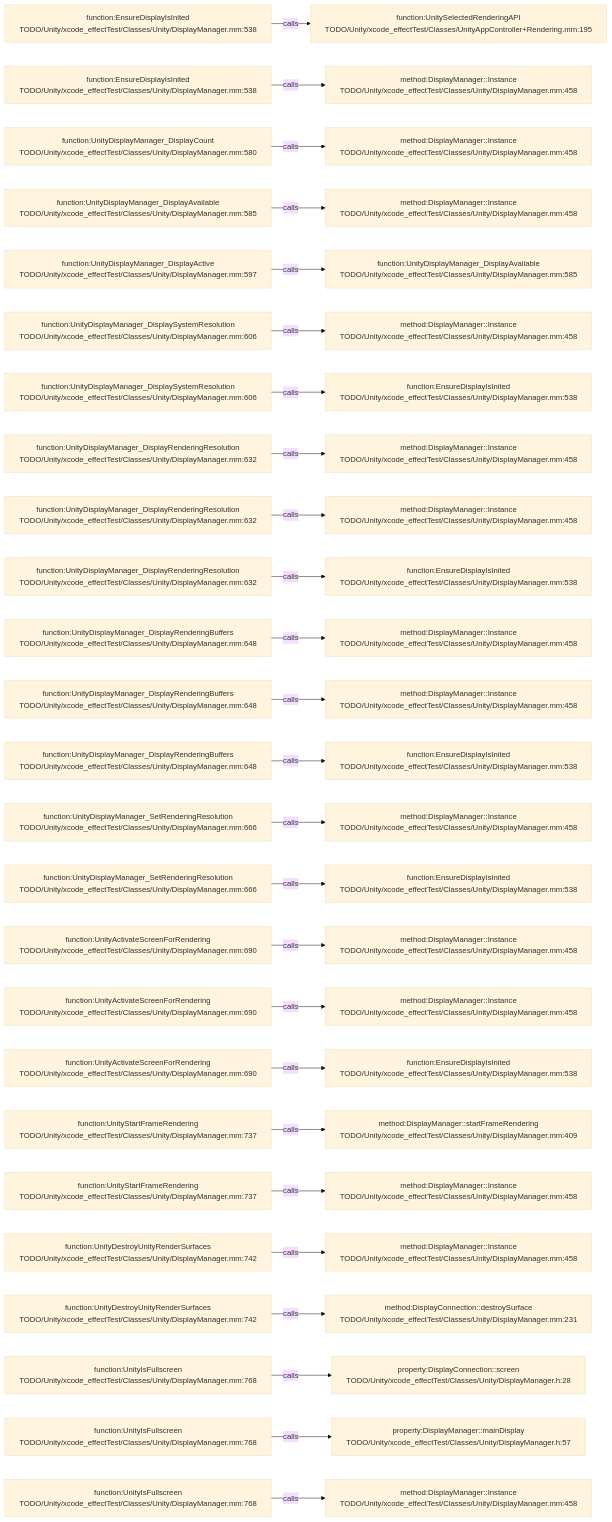
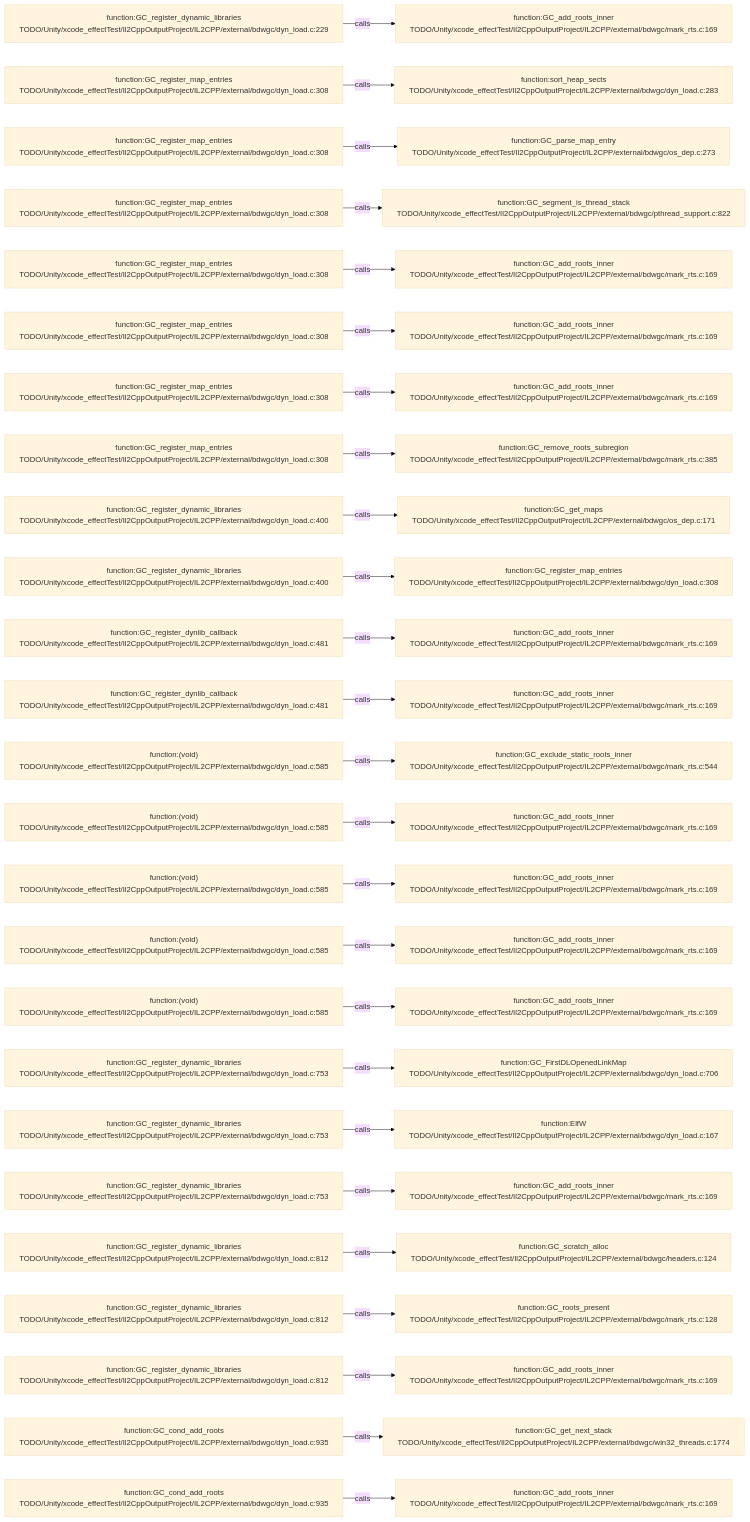
One commit to JobsKits/JobsSwiftBaseConfigDemo changed the diagram in .codegraph/codegraph.md/graphs/calls-104.md. Above: the diagram before and after it, drawn with Mermaid (base theme). The commit also changed 227 other files, not shown here.

````diff
--- a/.codegraph/codegraph.md/graphs/calls-104.md
+++ b/.codegraph/codegraph.md/graphs/calls-104.md
@@ -13,78 +13,78 @@
 ```mermaid
 flowchart LR
-  S1["function:EnsureDisplayIsInited<br/>TODO/Unity/xcode_effectTest/Classes/Unity/DisplayManager.mm:538"]
-  T1["function:UnitySelectedRenderingAPI<br/>TODO/Unity/xcode_effectTest/Classes/UnityAppController+Rendering.mm:195"]
+  S1["function:GC_register_dynamic_libraries<br/>TODO/Unity/xcode_effectTest/Il2CppOutputProject/IL2CPP/external/bdwgc/dyn_load.c:229"]
+  T1["function:GC_add_roots_inner<br/>TODO/Unity/xcode_effectTest/Il2CppOutputProject/IL2CPP/external/bdwgc/mark_rts.c:169"]
   S1 -->|calls| T1
-  S2["function:EnsureDisplayIsInited<br/>TODO/Unity/xcode_effectTest/Classes/Unity/DisplayManager.mm:538"]
-  T2["method:DisplayManager::Instance<br/>TODO/Unity/xcode_effectTest/Classes/Unity/DisplayManager.mm:458"]
+  S2["function:GC_register_map_entries<br/>TODO/Unity/xcode_effectTest/Il2CppOutputProject/IL2CPP/external/bdwgc/dyn_load.c:308"]
+  T2["function:sort_heap_sects<br/>TODO/Unity/xcode_effectTest/Il2CppOutputProject/IL2CPP/external/bdwgc/dyn_load.c:283"]
   S2 -->|calls| T2
-  S3["function:UnityDisplayManager_DisplayCount<br/>TODO/Unity/xcode_effectTest/Classes/Unity/DisplayManager.mm:580"]
-  T3["method:DisplayManager::Instance<br/>TODO/Unity/xcode_effectTest/Classes/Unity/DisplayManager.mm:458"]
+  S3["function:GC_register_map_entries<br/>TODO/Unity/xcode_effectTest/Il2CppOutputProject/IL2CPP/external/bdwgc/dyn_load.c:308"]
+  T3["function:GC_parse_map_entry<br/>TODO/Unity/xcode_effectTest/Il2CppOutputProject/IL2CPP/external/bdwgc/os_dep.c:273"]
   S3 -->|calls| T3
-  S4["function:UnityDisplayManager_DisplayAvailable<br/>TODO/Unity/xcode_effectTest/Classes/Unity/DisplayManager.mm:585"]
-  T4["method:DisplayManager::Instance<br/>TODO/Unity/xcode_effectTest/Classes/Unity/DisplayManager.mm:458"]
+  S4["function:GC_register_map_entries<br/>TODO/Unity/xcode_effectTest/Il2CppOutputProject/IL2CPP/external/bdwgc/dyn_load.c:308"]
+  T4["function:GC_segment_is_thread_stack<br/>TODO/Unity/xcode_effectTest/Il2CppOutputProject/IL2CPP/external/bdwgc/pthread_support.c:822"]
   S4 -->|calls| T4
-  S5["function:UnityDisplayManager_DisplayActive<br/>TODO/Unity/xcode_effectTest/Classes/Unity/DisplayManager.mm:597"]
-  T5["function:UnityDisplayManager_DisplayAvailable<br/>TODO/Unity/xcode_effectTest/Classes/Unity/DisplayManager.mm:585"]
+  S5["function:GC_register_map_entries<br/>TODO/Unity/xcode_effectTest/Il2CppOutputProject/IL2CPP/external/bdwgc/dyn_load.c:308"]
+  T5["function:GC_add_roots_inner<br/>TODO/Unity/xcode_effectTest/Il2CppOutputProject/IL2CPP/external/bdwgc/mark_rts.c:169"]
   S5 -->|calls| T5
-  S6["function:UnityDisplayManager_DisplaySystemResolution<br/>TODO/Unity/xcode_effectTest/Classes/Unity/DisplayManager.mm:606"]
-  T6["method:DisplayManager::Instance<br/>TODO/Unity/xcode_effectTest/Classes/Unity/DisplayManager.mm:458"]
+  S6["function:GC_register_map_entries<br/>TODO/Unity/xcode_effectTest/Il2CppOutputProject/IL2CPP/external/bdwgc/dyn_load.c:308"]
+  T6["function:GC_add_roots_inner<br/>TODO/Unity/xcode_effectTest/Il2CppOutputProject/IL2CPP/external/bdwgc/mark_rts.c:169"]
   S6 -->|calls| T6
-  S7["function:UnityDisplayManager_DisplaySystemResolution<br/>TODO/Unity/xcode_effectTest/Classes/Unity/DisplayManager.mm:606"]
-  T7["function:EnsureDisplayIsInited<br/>TODO/Unity/xcode_effectTest/Classes/Unity/DisplayManager.mm:538"]
+  S7["function:GC_register_map_entries<br/>TODO/Unity/xcode_effectTest/Il2CppOutputProject/IL2CPP/external/bdwgc/dyn_load.c:308"]
+  T7["function:GC_add_roots_inner<br/>TODO/Unity/xcode_effectTest/Il2CppOutputProject/IL2CPP/external/bdwgc/mark_rts.c:169"]
   S7 -->|calls| T7
-  S8["function:UnityDisplayManager_DisplayRenderingResolution<br/>TODO/Unity/xcode_effectTest/Classes/Unity/DisplayManager.mm:632"]
-  T8["method:DisplayManager::Instance<br/>TODO/Unity/xcode_effectTest/Classes/Unity/DisplayManager.mm:458"]
+  S8["function:GC_register_map_entries<br/>TODO/Unity/xcode_effectTest/Il2CppOutputProject/IL2CPP/external/bdwgc/dyn_load.c:308"]
+  T8["function:GC_remove_roots_subregion<br/>TODO/Unity/xcode_effectTest/Il2CppOutputProject/IL2CPP/external/bdwgc/mark_rts.c:385"]
   S8 -->|calls| T8
-  S9["function:UnityDisplayManager_DisplayRenderingResolution<br/>TODO/Unity/xcode_effectTest/Classes/Unity/DisplayManager.mm:632"]
-  T9["method:DisplayManager::Instance<br/>TODO/Unity/xcode_effectTest/Classes/Unity/DisplayManager.mm:458"]
+  S9["function:GC_register_dynamic_libraries<br/>TODO/Unity/xcode_effectTest/Il2CppOutputProject/IL2CPP/external/bdwgc/dyn_load.c:400"]
+  T9["function:GC_get_maps<br/>TODO/Unity/xcode_effectTest/Il2CppOutputProject/IL2CPP/external/bdwgc/os_dep.c:171"]
   S9 -->|calls| T9
-  S10["function:UnityDisplayManager_DisplayRenderingResolution<br/>TODO/Unity/xcode_effectTest/Classes/Unity/DisplayManager.mm:632"]
-  T10["function:EnsureDisplayIsInited<br/>TODO/Unity/xcode_effectTest/Classes/Unity/DisplayManager.mm:538"]
+  S10["function:GC_register_dynamic_libraries<br/>TODO/Unity/xcode_effectTest/Il2CppOutputProject/IL2CPP/external/bdwgc/dyn_load.c:400"]
+  T10["function:GC_register_map_entries<br/>TODO/Unity/xcode_effectTest/Il2CppOutputProject/IL2CPP/external/bdwgc/dyn_load.c:308"]
   S10 -->|calls| T10
-  S11["function:UnityDisplayManager_DisplayRenderingBuffers<br/>TODO/Unity/xcode_effectTest/Classes/Unity/DisplayManager.mm:648"]
-  T11["method:DisplayManager::Instance<br/>TODO/Unity/xcode_effectTest/Classes/Unity/DisplayManager.mm:458"]
+  S11["function:GC_register_dynlib_callback<br/>TODO/Unity/xcode_effectTest/Il2CppOutputProject/IL2CPP/external/bdwgc/dyn_load.c:481"]
+  T11["function:GC_add_roots_inner<br/>TODO/Unity/xcode_effectTest/Il2CppOutputProject/IL2CPP/external/bdwgc/mark_rts.c:169"]
   S11 -->|calls| T11
-  S12["function:UnityDisplayManager_DisplayRenderingBuffers<br/>TODO/Unity/xcode_effectTest/Classes/Unity/DisplayManager.mm:648"]
-  T12["method:DisplayManager::Instance<br/>TODO/Unity/xcode_effectTest/Classes/Unity/DisplayManager.mm:458"]
+  S12["function:GC_register_dynlib_callback<br/>TODO/Unity/xcode_effectTest/Il2CppOutputProject/IL2CPP/external/bdwgc/dyn_load.c:481"]
+  T12["function:GC_add_roots_inner<br/>TODO/Unity/xcode_effectTest/Il2CppOutputProject/IL2CPP/external/bdwgc/mark_rts.c:169"]
   S12 -->|calls| T12
-  S13["function:UnityDisplayManager_DisplayRenderingBuffers<br/>TODO/Unity/xcode_effectTest/Classes/Unity/DisplayManager.mm:648"]
-  T13["function:EnsureDisplayIsInited<br/>TODO/Unity/xcode_effectTest/Classes/Unity/DisplayManager.mm:538"]
+  S13["function:(void)<br/>TODO/Unity/xcode_effectTest/Il2CppOutputProject/IL2CPP/external/bdwgc/dyn_load.c:585"]
+  T13["function:GC_exclude_static_roots_inner<br/>TODO/Unity/xcode_effectTest/Il2CppOutputProject/IL2CPP/external/bdwgc/mark_rts.c:544"]
   S13 -->|calls| T13
-  S14["function:UnityDisplayManager_SetRenderingResolution<br/>TODO/Unity/xcode_effectTest/Classes/Unity/DisplayManager.mm:666"]
-  T14["method:DisplayManager::Instance<br/>TODO/Unity/xcode_effectTest/Classes/Unity/DisplayManager.mm:458"]
+  S14["function:(void)<br/>TODO/Unity/xcode_effectTest/Il2CppOutputProject/IL2CPP/external/bdwgc/dyn_load.c:585"]
+  T14["function:GC_add_roots_inner<br/>TODO/Unity/xcode_effectTest/Il2CppOutputProject/IL2CPP/external/bdwgc/mark_rts.c:169"]
   S14 -->|calls| T14
-  S15["function:UnityDisplayManager_SetRenderingResolution<br/>TODO/Unity/xcode_effectTest/Classes/Unity/DisplayManager.mm:666"]
-  T15["function:EnsureDisplayIsInited<br/>TODO/Unity/xcode_effectTest/Classes/Unity/DisplayManager.mm:538"]
+  S15["function:(void)<br/>TODO/Unity/xcode_effectTest/Il2CppOutputProject/IL2CPP/external/bdwgc/dyn_load.c:585"]
+  T15["function:GC_add_roots_inner<br/>TODO/Unity/xcode_effectTest/Il2CppOutputProject/IL2CPP/external/bdwgc/mark_rts.c:169"]
   S15 -->|calls| T15
-  S16["function:UnityActivateScreenForRendering<br/>TODO/Unity/xcode_effectTest/Classes/Unity/DisplayManager.mm:690"]
-  T16["method:DisplayManager::Instance<br/>TODO/Unity/xcode_effectTest/Classes/Unity/DisplayManager.mm:458"]
+  S16["function:(void)<br/>TODO/Unity/xcode_effectTest/Il2CppOutputProject/IL2CPP/external/bdwgc/dyn_load.c:585"]
+  T16["function:GC_add_roots_inner<br/>TODO/Unity/xcode_effectTest/Il2CppOutputProject/IL2CPP/external/bdwgc/mark_rts.c:169"]
   S16 -->|calls| T16
-  S17["function:UnityActivateScreenForRendering<br/>TODO/Unity/xcode_effectTest/Classes/Unity/DisplayManager.mm:690"]
-  T17["method:DisplayManager::Instance<br/>TODO/Unity/xcode_effectTest/Classes/Unity/DisplayManager.mm:458"]
+  S17["function:(void)<br/>TODO/Unity/xcode_effectTest/Il2CppOutputProject/IL2CPP/external/bdwgc/dyn_load.c:585"]
+  T17["function:GC_add_roots_inner<br/>TODO/Unity/xcode_effectTest/Il2CppOutputProject/IL2CPP/external/bdwgc/mark_rts.c:169"]
   S17 -->|calls| T17
-  S18["function:UnityActivateScreenForRendering<br/>TODO/Unity/xcode_effectTest/Classes/Unity/DisplayManager.mm:690"]
-  T18["function:EnsureDisplayIsInited<br/>TODO/Unity/xcode_effectTest/Classes/Unity/DisplayManager.mm:538"]
+  S18["function:GC_register_dynamic_libraries<br/>TODO/Unity/xcode_effectTest/Il2CppOutputProject/IL2CPP/external/bdwgc/dyn_load.c:753"]
+  T18["function:GC_FirstDLOpenedLinkMap<br/>TODO/Unity/xcode_effectTest/Il2CppOutputProject/IL2CPP/external/bdwgc/dyn_load.c:706"]
   S18 -->|calls| T18
-  S19["function:UnityStartFrameRendering<br/>TODO/Unity/xcode_effectTest/Classes/Unity/DisplayManager.mm:737"]
-  T19["method:DisplayManager::startFrameRendering<br/>TODO/Unity/xcode_effectTest/Classes/Unity/DisplayManager.mm:409"]
+  S19["function:GC_register_dynamic_libraries<br/>TODO/Unity/xcode_effectTest/Il2CppOutputProject/IL2CPP/external/bdwgc/dyn_load.c:753"]
+  T19["function:ElfW<br/>TODO/Unity/xcode_effectTest/Il2CppOutputProject/IL2CPP/external/bdwgc/dyn_load.c:167"]
   S19 -->|calls| T19
-  S20["function:UnityStartFrameRendering<br/>TODO/Unity/xcode_effectTest/Classes/Unity/DisplayManager.mm:737"]
-  T20["method:DisplayManager::Instance<br/>TODO/Unity/xcode_effectTest/Classes/Unity/DisplayManager.mm:458"]
+  S20["function:GC_register_dynamic_libraries<br/>TODO/Unity/xcode_effectTest/Il2CppOutputProject/IL2CPP/external/bdwgc/dyn_load.c:753"]
+  T20["function:GC_add_roots_inner<br/>TODO/Unity/xcode_effectTest/Il2CppOutputProject/IL2CPP/external/bdwgc/mark_rts.c:169"]
   S20 -->|calls| T20
-  S21["function:UnityDestroyUnityRenderSurfaces<br/>TODO/Unity/xcode_effectTest/Classes/Unity/DisplayManager.mm:742"]
-  T21["method:DisplayManager::Instance<br/>TODO/Unity/xcode_effectTest/Classes/Unity/DisplayManager.mm:458"]
+  S21["function:GC_register_dynamic_libraries<br/>TODO/Unity/xcode_effectTest/Il2CppOutputProject/IL2CPP/external/bdwgc/dyn_load.c:812"]
+  T21["function:GC_scratch_alloc<br/>TODO/Unity/xcode_effectTest/Il2CppOutputProject/IL2CPP/external/bdwgc/headers.c:124"]
   S21 -->|calls| T21
-  S22["function:UnityDestroyUnityRenderSurfaces<br/>TODO/Unity/xcode_effectTest/Classes/Unity/DisplayManager.mm:742"]
-  T22["method:DisplayConnection::destroySurface<br/>TODO/Unity/xcode_effectTest/Classes/Unity/DisplayManager.mm:231"]
+  S22["function:GC_register_dynamic_libraries<br/>TODO/Unity/xcode_effectTest/Il2CppOutputProject/IL2CPP/external/bdwgc/dyn_load.c:812"]
+  T22["function:GC_roots_present<br/>TODO/Unity/xcode_effectTest/Il2CppOutputProject/IL2CPP/external/bdwgc/mark_rts.c:128"]
   S22 -->|calls| T22
-  S23["function:UnityIsFullscreen<br/>TODO/Unity/xcode_effectTest/Classes/Unity/DisplayManager.mm:768"]
-  T23["property:DisplayConnection::screen<br/>TODO/Unity/xcode_effectTest/Classes/Unity/DisplayManager.h:28"]
+  S23["function:GC_register_dynamic_libraries<br/>TODO/Unity/xcode_effectTest/Il2CppOutputProject/IL2CPP/external/bdwgc/dyn_load.c:812"]
+  T23["function:GC_add_roots_inner<br/>TODO/Unity/xcode_effectTest/Il2CppOutputProject/IL2CPP/external/bdwgc/mark_rts.c:169"]
   S23 -->|calls| T23
-  S24["function:UnityIsFullscreen<br/>TODO/Unity/xcode_effectTest/Classes/Unity/DisplayManager.mm:768"]
-  T24["property:DisplayManager::mainDisplay<br/>TODO/Unity/xcode_effectTest/Classes/Unity/DisplayManager.h:57"]
+  S24["function:GC_cond_add_roots<br/>TODO/Unity/xcode_effectTest/Il2CppOutputProject/IL2CPP/external/bdwgc/dyn_load.c:935"]
+  T24["function:GC_get_next_stack<br/>TODO/Unity/xcode_effectTest/Il2CppOutputProject/IL2CPP/external/bdwgc/win32_threads.c:1774"]
   S24 -->|calls| T24
-  S25["function:UnityIsFullscreen<br/>TODO/Unity/xcode_effectTest/Classes/Unity/DisplayManager.mm:768"]
-  T25["method:DisplayManager::Instance<br/>TODO/Unity/xcode_effectTest/Classes/Unity/DisplayManager.mm:458"]
+  S25["function:GC_cond_add_roots<br/>TODO/Unity/xcode_effectTest/Il2CppOutputProject/IL2CPP/external/bdwgc/dyn_load.c:935"]
+  T25["function:GC_add_roots_inner<br/>TODO/Unity/xcode_effectTest/Il2CppOutputProject/IL2CPP/external/bdwgc/mark_rts.c:169"]
   S25 -->|calls| T25
 ```
````
